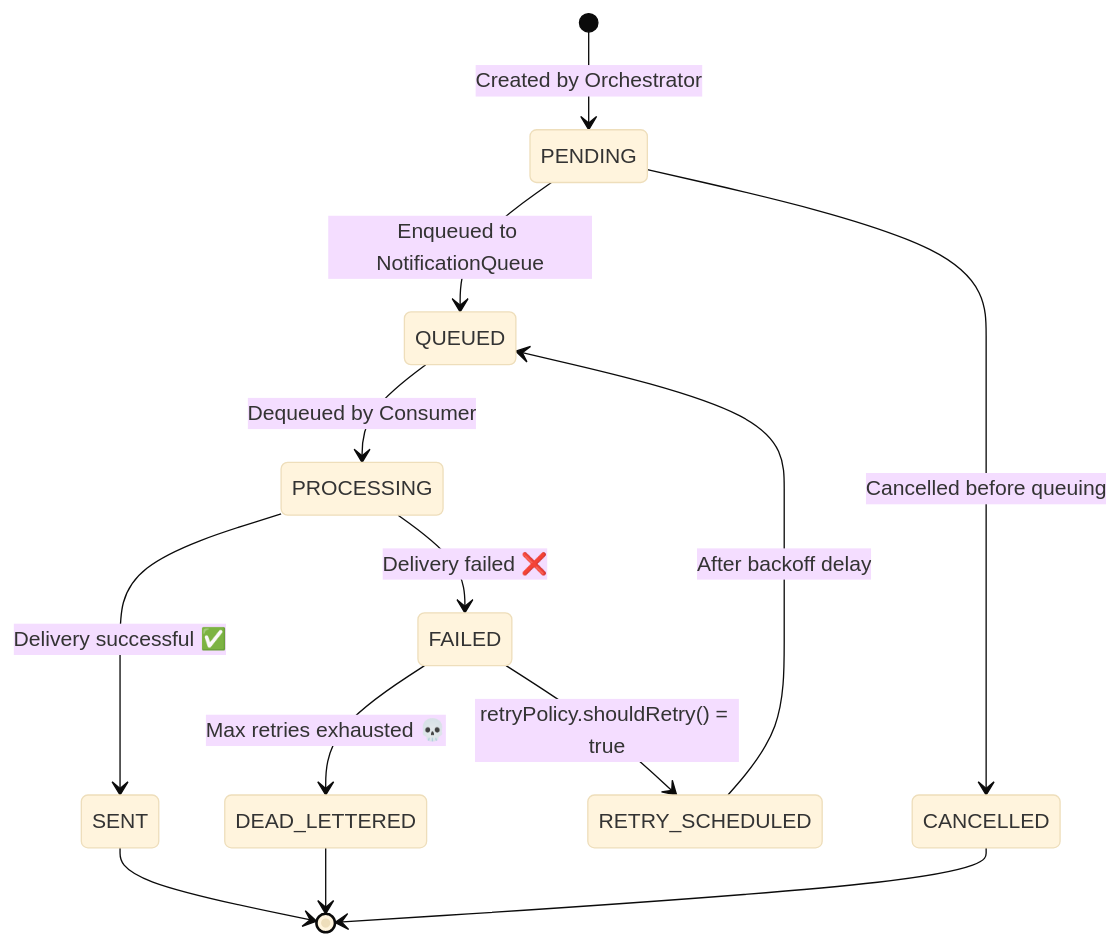
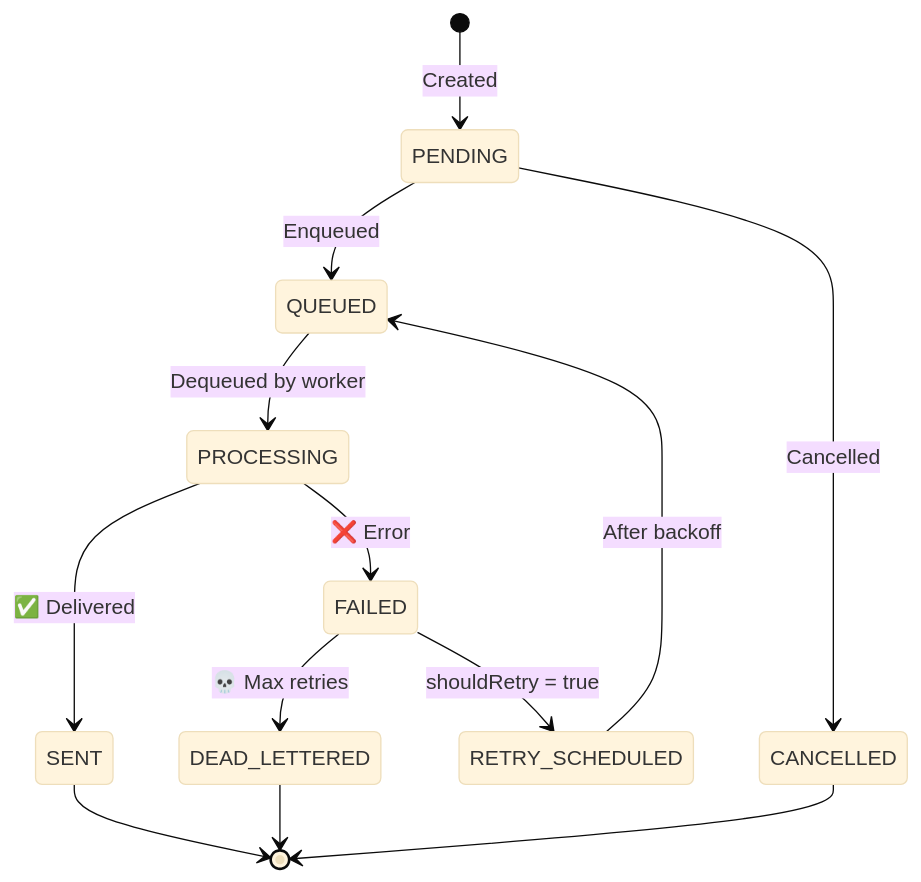
Before and after one commit to tapeshchavle/notification-service: the third of 4 diagrams in README.md, drawn with Mermaid (base theme). The commit also changed other lines of this file, not shown here.

````diff
--- a/README.md
+++ b/README.md
@@ -215,21 +126,15 @@
 ```mermaid
 stateDiagram-v2
-    [*] --> PENDING : Created by Orchestrator
-
-    PENDING --> QUEUED : Enqueued to NotificationQueue
-    PENDING --> CANCELLED : Cancelled before queuing
-
-    QUEUED --> PROCESSING : Dequeued by Consumer
-
-    PROCESSING --> SENT : Delivery successful ✅
-    PROCESSING --> FAILED : Delivery failed ❌
-
-    FAILED --> RETRY_SCHEDULED : retryPolicy.shouldRetry() = true
-    FAILED --> DEAD_LETTERED : Max retries exhausted 💀
-
-    RETRY_SCHEDULED --> QUEUED : After backoff delay
-
+    [*] --> PENDING : Created
+    PENDING --> QUEUED : Enqueued
+    PENDING --> CANCELLED : Cancelled
+    QUEUED --> PROCESSING : Dequeued by worker
+    PROCESSING --> SENT : ✅ Delivered
+    PROCESSING --> FAILED : ❌ Error
+    FAILED --> RETRY_SCHEDULED : shouldRetry = true
+    FAILED --> DEAD_LETTERED : 💀 Max retries
+    RETRY_SCHEDULED --> QUEUED : After backoff
     SENT --> [*]
     DEAD_LETTERED --> [*]
     CANCELLED --> [*]
 ```
````
